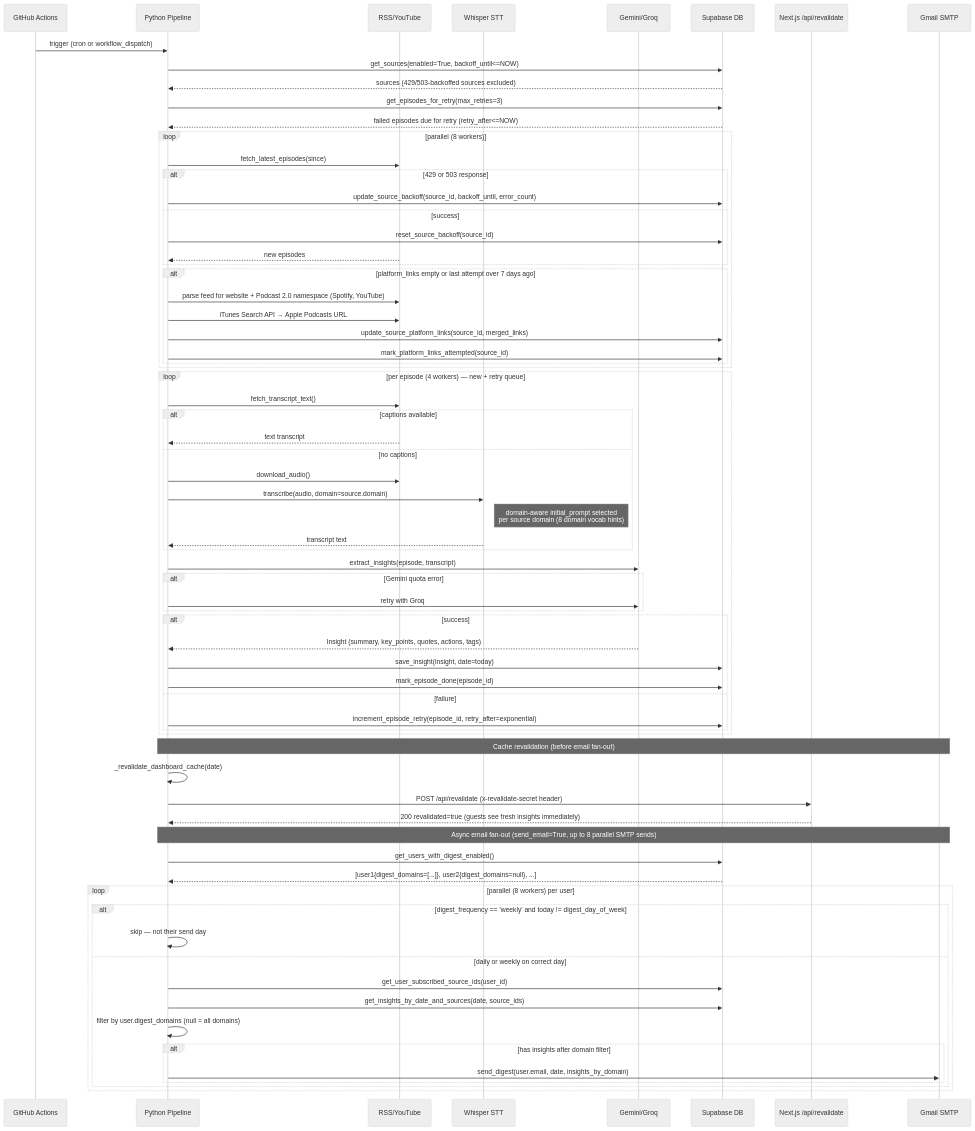
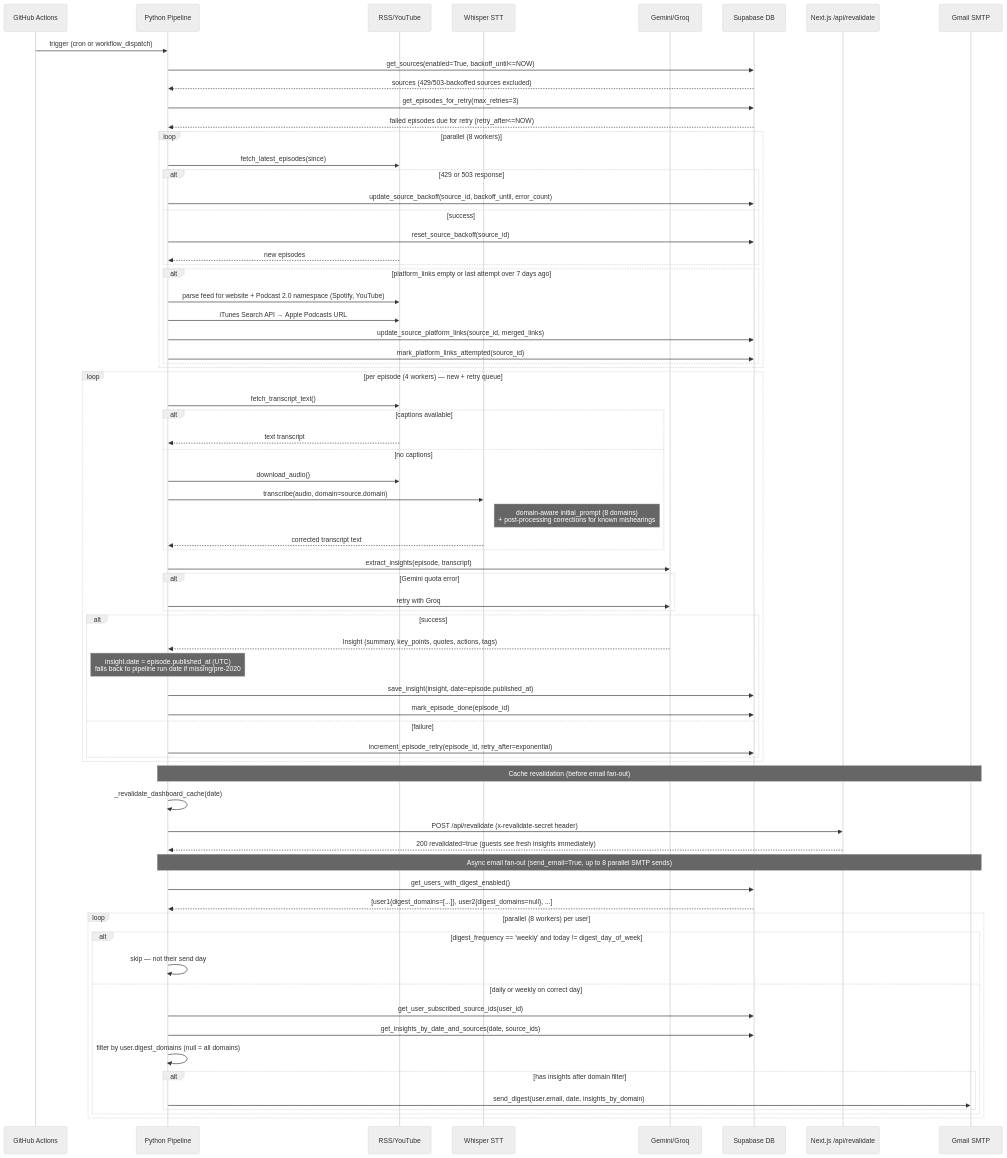
The first of 23 diagrams in docs/request-workflow.md (vtghub/PodcastsSummarizer), drawn with Mermaid (neutral theme) before and after one commit. The commit also changed 1 other file, not shown here.

Commit message:
docs: update architecture and workflow diagrams post-PR #209 #210

````diff
--- a/docs/request-workflow.md
+++ b/docs/request-workflow.md
@@ -5,77 +5,78 @@
 ```mermaid
 sequenceDiagram
     participant GH as GitHub Actions
     participant PY as Python Pipeline
     participant RSS as RSS/YouTube
     participant W as Whisper STT
     participant LLM as Gemini/Groq
     participant DB as Supabase DB
     participant NEXT as Next.js /api/revalidate
     participant MAIL as Gmail SMTP
 
     GH->>PY: trigger (cron or workflow_dispatch)
     PY->>DB: get_sources(enabled=True, backoff_until<=NOW)
     DB-->>PY: sources (429/503-backoffed sources excluded)
     PY->>DB: get_episodes_for_retry(max_retries=3)
     DB-->>PY: failed episodes due for retry (retry_after<=NOW)
 
     loop parallel (8 workers)
         PY->>RSS: fetch_latest_episodes(since)
         alt 429 or 503 response
             PY->>DB: update_source_backoff(source_id, backoff_until, error_count)
         else success
             PY->>DB: reset_source_backoff(source_id)
             RSS-->>PY: new episodes
         end
         alt platform_links empty or last attempt over 7 days ago
             PY->>RSS: parse feed for website + Podcast 2.0 namespace (Spotify, YouTube)
             PY->>RSS: iTunes Search API → Apple Podcasts URL
             PY->>DB: update_source_platform_links(source_id, merged_links)
             PY->>DB: mark_platform_links_attempted(source_id)
         end
     end
 
     loop per episode (4 workers) — new + retry queue
         PY->>RSS: fetch_transcript_text()
         alt captions available
             RSS-->>PY: text transcript
         else no captions
             PY->>RSS: download_audio()
             PY->>W: transcribe(audio, domain=source.domain)
-            Note right of W: domain-aware initial_prompt selected<br/>per source domain (8 domain vocab hints)
-            W-->>PY: transcript text
+            Note right of W: domain-aware initial_prompt (8 domains)<br/>+ post-processing corrections for known mishearings
+            W-->>PY: corrected transcript text
         end
         PY->>LLM: extract_insights(episode, transcript)
         alt Gemini quota error
             PY->>LLM: retry with Groq
         end
         alt success
             LLM-->>PY: Insight (summary, key_points, quotes, actions, tags)
-            PY->>DB: save_insight(insight, date=today)
+            Note over PY: insight.date = episode.published_at (UTC)<br/>falls back to pipeline run date if missing/pre-2020
+            PY->>DB: save_insight(insight, date=episode.published_at)
             PY->>DB: mark_episode_done(episode_id)
         else failure
             PY->>DB: increment_episode_retry(episode_id, retry_after=exponential)
         end
     end
 
     Note over PY,MAIL: Cache revalidation (before email fan-out)
     PY->>PY: _revalidate_dashboard_cache(date)
     PY->>NEXT: POST /api/revalidate (x-revalidate-secret header)
     NEXT-->>PY: 200 revalidated=true (guests see fresh insights immediately)
 
     Note over PY,MAIL: Async email fan-out (send_email=True, up to 8 parallel SMTP sends)
     PY->>DB: get_users_with_digest_enabled()
     DB-->>PY: [user1{digest_domains=[...]}, user2{digest_domains=null}, ...]
     loop parallel (8 workers) per user
         alt digest_frequency == 'weekly' and today != digest_day_of_week
             PY->>PY: skip — not their send day
         else daily or weekly on correct day
             PY->>DB: get_user_subscribed_source_ids(user_id)
             PY->>DB: get_insights_by_date_and_sources(date, source_ids)
             PY->>PY: filter by user.digest_domains (null = all domains)
             alt has insights after domain filter
                 PY->>MAIL: send_digest(user.email, date, insights_by_domain)
             end
         end
     end
 ```
````
